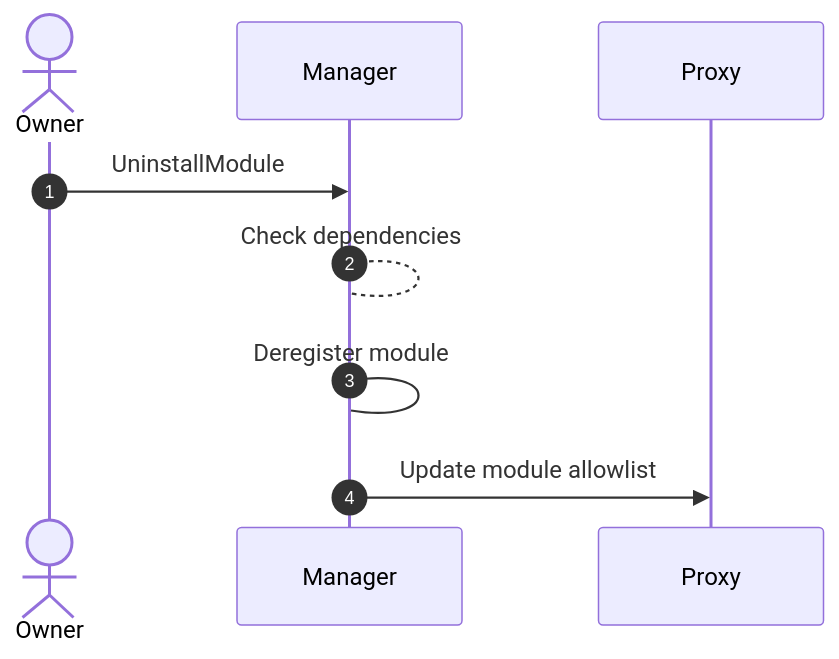
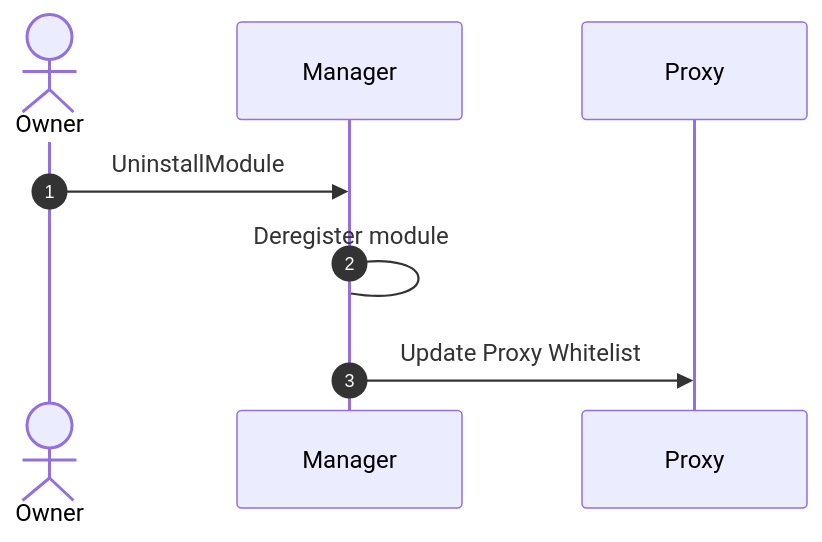
The third of 6 diagrams in framework/docs/src/3_framework/6_module_types.md (AbstractSDK/abstract), drawn with Mermaid before and after one commit. The commit also changed other lines of this file and 2 other files, not shown here.

Commit message:
update module types doc

````diff
--- a/framework/docs/src/3_framework/6_module_types.md
+++ b/framework/docs/src/3_framework/6_module_types.md
@@ -117,11 +126,10 @@
 ```mermaid
 sequenceDiagram
     autonumber
     actor U as Owner
     participant M as Manager
     participant P as Proxy
     U ->> M: UninstallModule
-    M --> M: Check dependencies
     M -> M: Deregister module
-    M ->> P: Update module allowlist
+    M ->> P: Update Proxy Whitelist
 ```
````
